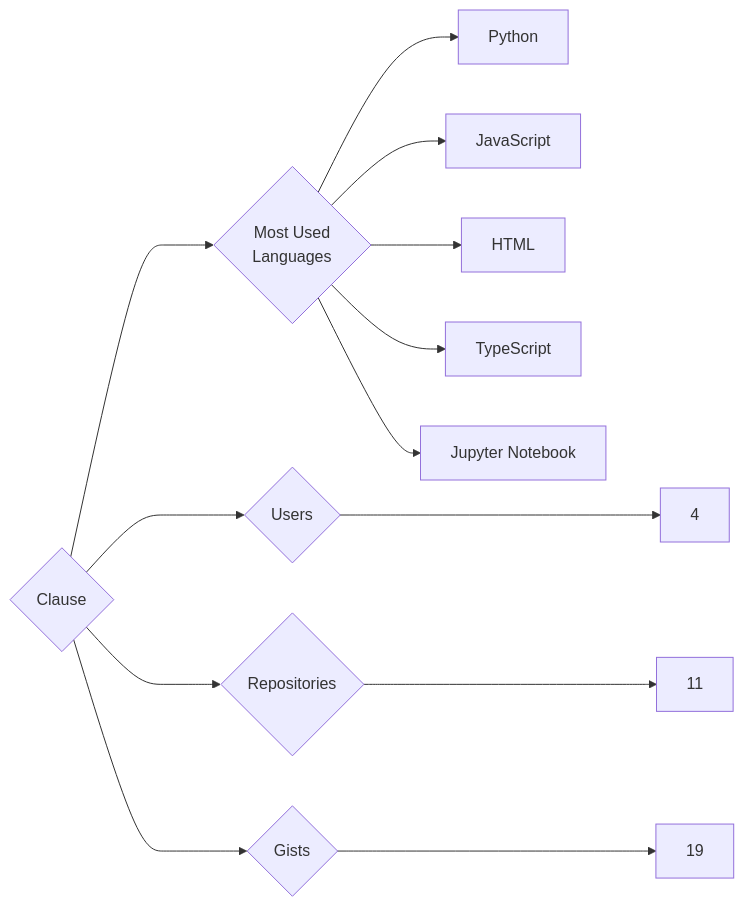
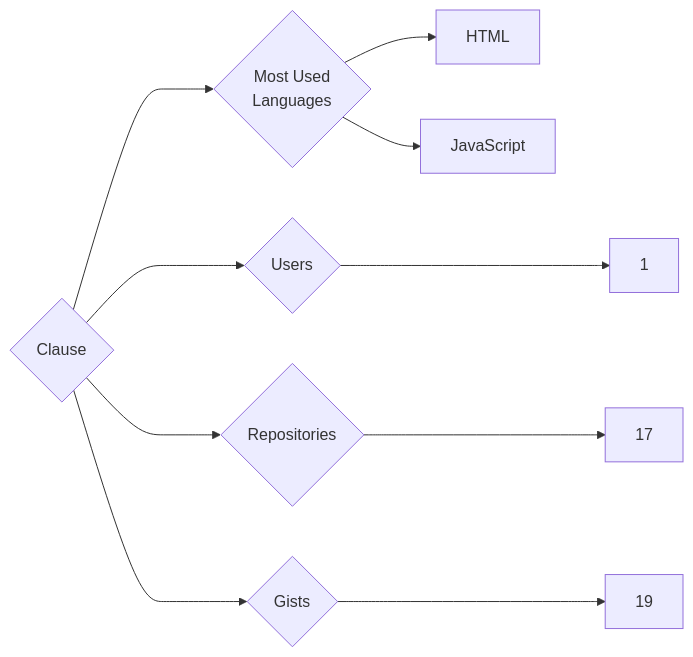
The diagram in targets/Clause/README.md (trickest/insiders), drawn with Mermaid before and after one commit. The commit also changed 874 other files, not shown here.

````diff
--- a/targets/Clause/README.md
+++ b/targets/Clause/README.md
@@ -3,13 +3,10 @@
 ```mermaid
 graph LR
 COMPANY_NAME{Clause}
-COMPANY_NAME ---> U{Users} ---> UN[4]
-COMPANY_NAME ---> R{Repositories} ---> RN[11]
+COMPANY_NAME ---> U{Users} ---> UN[1]
+COMPANY_NAME ---> R{Repositories} ---> RN[17]
 COMPANY_NAME ---> G{Gists} ---> GN[19]
 COMPANY_NAME ---> ML{Most Used<br>Languages}
-ML --> Python[Python]
+ML --> HTML[HTML]
 ML --> JavaScript[JavaScript]
-ML --> HTML[HTML]
-ML --> TypeScript[TypeScript]
-ML --> Jupyter_Notebook[Jupyter Notebook]
 ```
````
